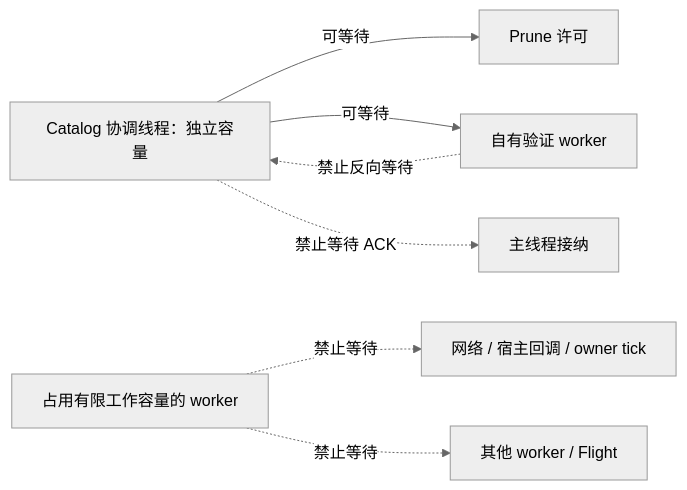
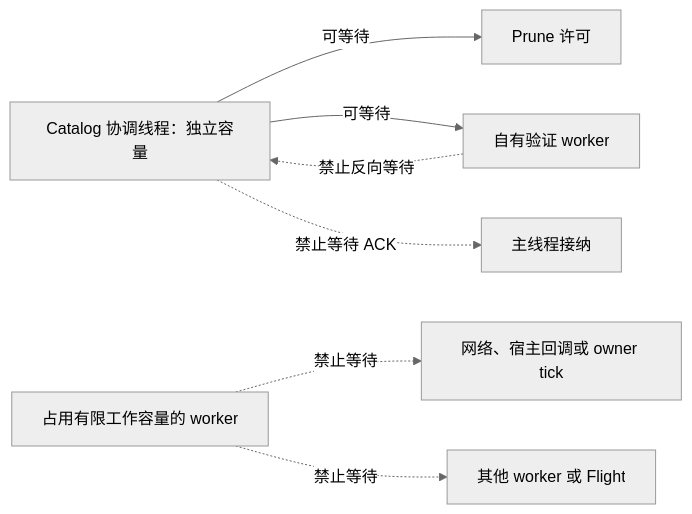
Before and after one commit to YesSteveModel/YesSteveModel: the third of 3 diagrams in docs/architecture/runtime/overview.md, drawn with Mermaid (neutral theme). The commit also changed other lines of this file and 1109 other files, not shown here.

````diff
--- a/docs/architecture/runtime/overview.md
+++ b/docs/architecture/runtime/overview.md
@@ -144,9 +154,9 @@
 ```mermaid
 flowchart LR
     Coordinator["Catalog 协调线程：独立容量"] -->|可等待| Prune["Prune 许可"]
     Coordinator -->|可等待| Verify["自有验证 worker"]
     Verify -. "禁止反向等待" .-> Coordinator
     Coordinator -. "禁止等待 ACK" .-> Tick["主线程接纳"]
-    Worker["占用有限工作容量的 worker"] -. "禁止等待" .-> External["网络 / 宿主回调 / owner tick"]
-    Worker -. "禁止等待" .-> Dependency["其他 worker / Flight"]
+    Worker["占用有限工作容量的 worker"] -. "禁止等待" .-> External["网络、宿主回调或 owner tick"]
+    Worker -. "禁止等待" .-> Dependency["其他 worker 或 Flight"]
 ```
````
